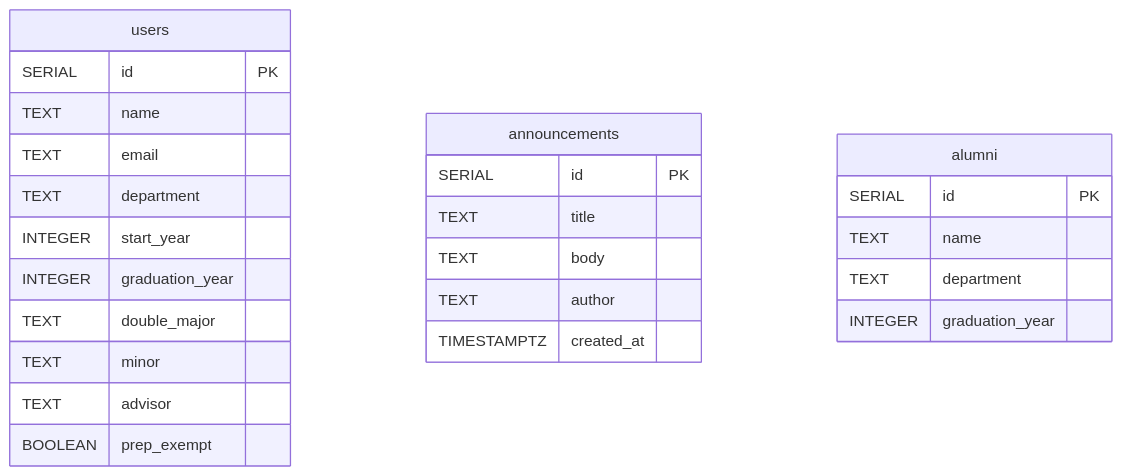
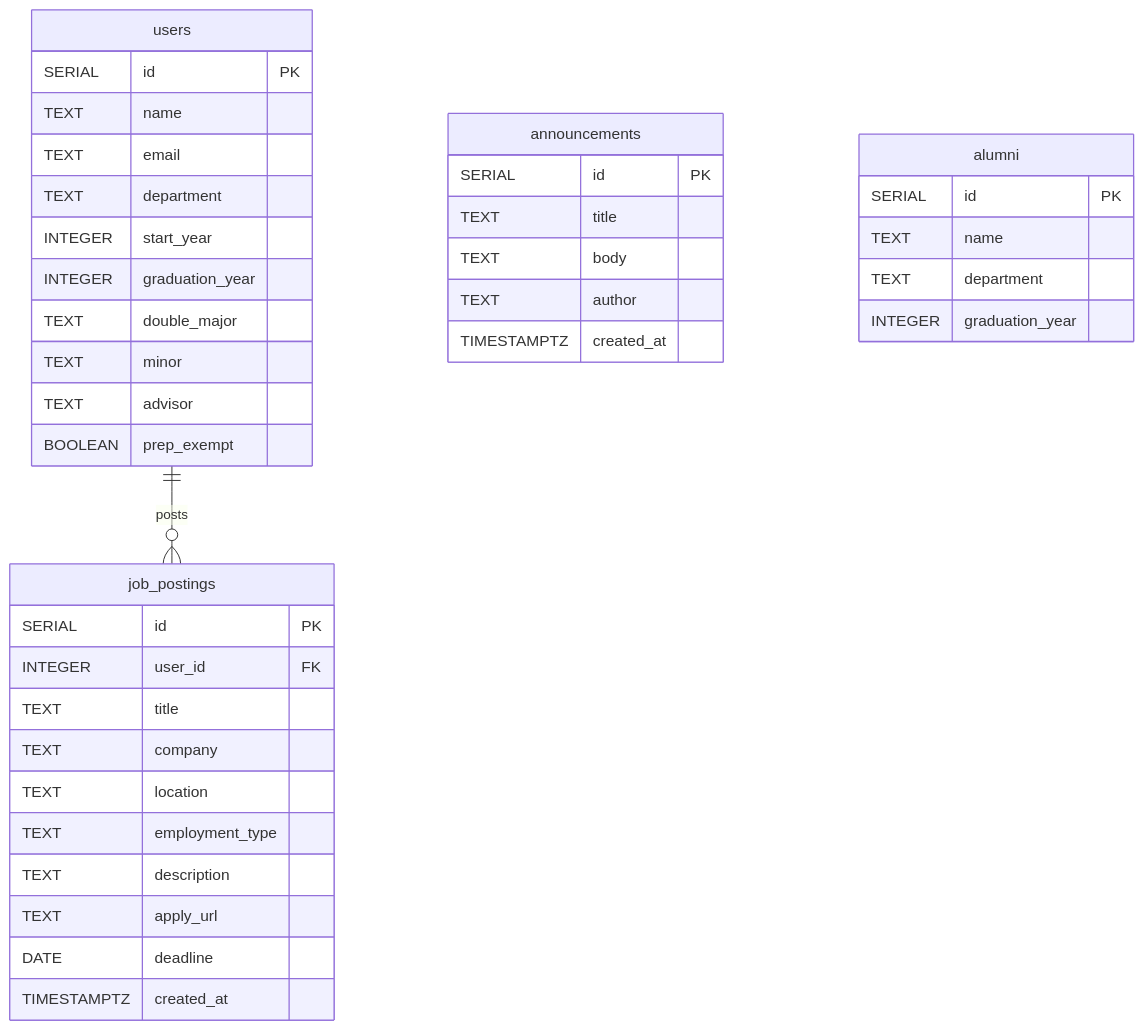
The diagram in DDD.md (rabizd/alumni), drawn with Mermaid before and after one commit. The commit also changed other lines of this file and 3 other files, not shown here.

First line of the commit message:
feat: add job_postings: DDD design, migration and model

````diff
--- a/DDD.md
+++ b/DDD.md
@@ -51,28 +52,41 @@
 ```mermaid
 erDiagram
     users {
         SERIAL id PK
         TEXT name
         TEXT email
         TEXT department
         INTEGER start_year
         INTEGER graduation_year
         TEXT double_major
         TEXT minor
         TEXT advisor
         BOOLEAN prep_exempt
     }
     announcements {
         SERIAL id PK
         TEXT title
         TEXT body
         TEXT author
         TIMESTAMPTZ created_at
     }
     alumni {
         SERIAL id PK
         TEXT name
         TEXT department
         INTEGER graduation_year
     }
+    job_postings {
+        SERIAL id PK
+        INTEGER user_id FK
+        TEXT title
+        TEXT company
+        TEXT location
+        TEXT employment_type
+        TEXT description
+        TEXT apply_url
+        DATE deadline
+        TIMESTAMPTZ created_at
+    }
+    users ||--o{ job_postings : posts
 ```
````
